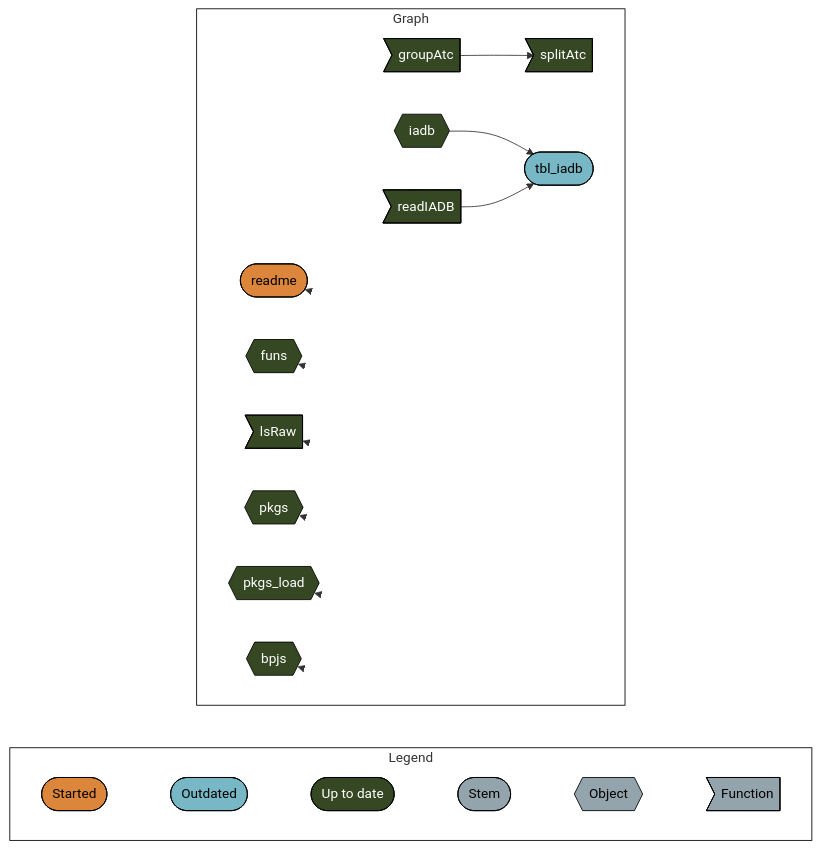
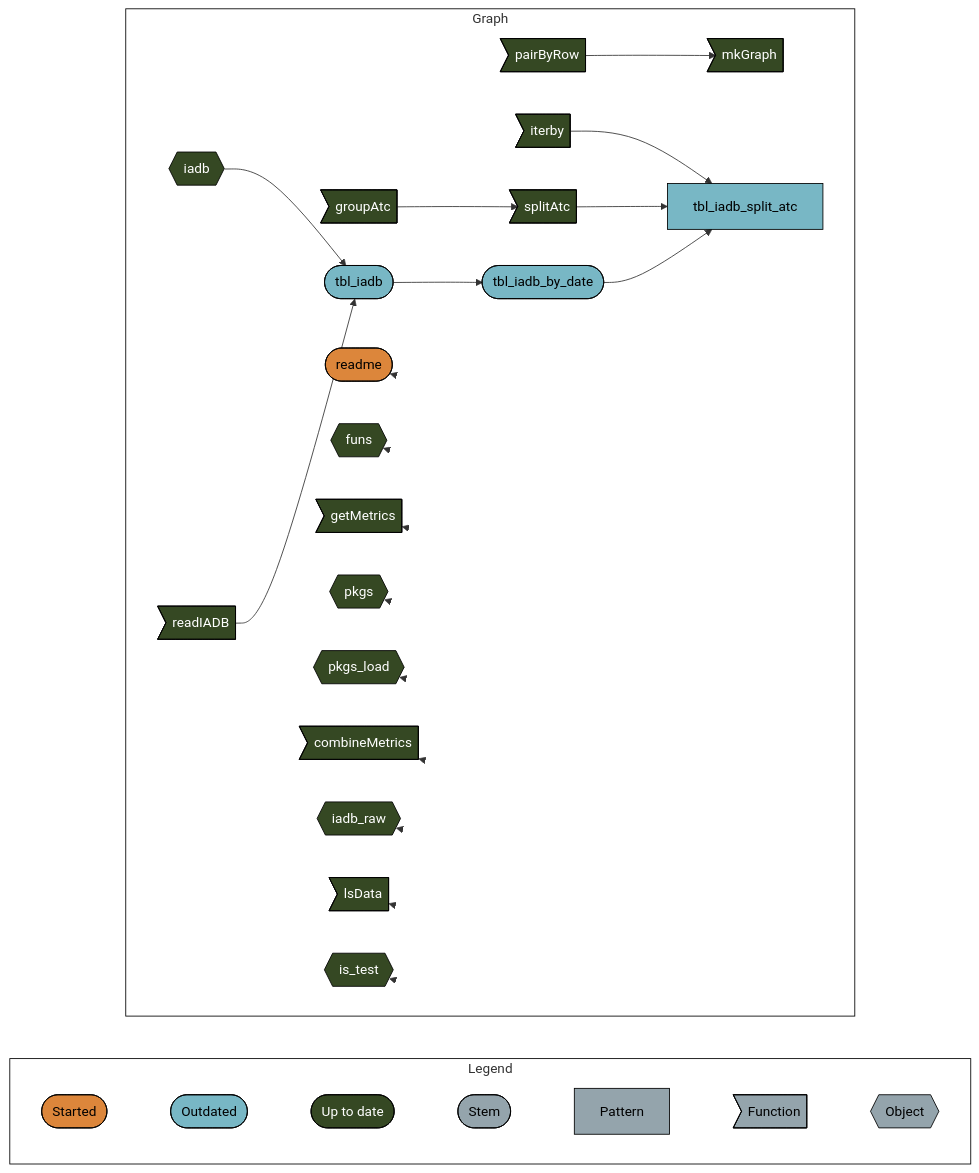
The diagram in README.md (namakala/medication-trend), drawn with Mermaid before and after one commit. The commit also changed other lines of this file and 2 other files, not shown here.

Commit message:
Optimize graph-object generating functions

````diff
--- a/README.md
+++ b/README.md
@@ -55,40 +59,53 @@
 ``` mermaid
 graph LR
   style Legend fill:#FFFFFF00,stroke:#000000;
   style Graph fill:#FFFFFF00,stroke:#000000;
   subgraph Legend
     direction LR
     x5b3426b4c7fa7dbc([""Started""]):::started --- x0a52b03877696646([""Outdated""]):::outdated
     x0a52b03877696646([""Outdated""]):::outdated --- x7420bd9270f8d27d([""Up to date""]):::uptodate
     x7420bd9270f8d27d([""Up to date""]):::uptodate --- xbf4603d6c2c2ad6b([""Stem""]):::none
-    xbf4603d6c2c2ad6b([""Stem""]):::none --- x5bffbffeae195fc9{{""Object""}}:::none
-    x5bffbffeae195fc9{{""Object""}}:::none --- xf0bce276fe2b9d3e>""Function""]:::none
+    xbf4603d6c2c2ad6b([""Stem""]):::none --- x70a5fa6bea6f298d[""Pattern""]:::none
+    x70a5fa6bea6f298d[""Pattern""]:::none --- xf0bce276fe2b9d3e>""Function""]:::none
+    xf0bce276fe2b9d3e>""Function""]:::none --- x5bffbffeae195fc9{{""Object""}}:::none
   end
   subgraph Graph
     direction LR
+    xec523c05a7988872>"pairByRow"]:::uptodate --> x9ca1aa7607080a7b>"mkGraph"]:::uptodate
     x4e58fb85b5f553b2>"groupAtc"]:::uptodate --> x7514d3a2992ccd63>"splitAtc"]:::uptodate
+    x771a367f0ef7807a>"iterby"]:::uptodate --> xf7e9b577faef0a3a["tbl_iadb_split_atc"]:::outdated
+    x7514d3a2992ccd63>"splitAtc"]:::uptodate --> xf7e9b577faef0a3a["tbl_iadb_split_atc"]:::outdated
+    x960707f0c582886a(["tbl_iadb_by_date"]):::outdated --> xf7e9b577faef0a3a["tbl_iadb_split_atc"]:::outdated
+    xf220e84da6d0ff6f(["tbl_iadb"]):::outdated --> x960707f0c582886a(["tbl_iadb_by_date"]):::outdated
     x4a5693aa168fe170{{"iadb"}}:::uptodate --> xf220e84da6d0ff6f(["tbl_iadb"]):::outdated
     x8d5064cb2dc0b750>"readIADB"]:::uptodate --> xf220e84da6d0ff6f(["tbl_iadb"]):::outdated
     x6e52cb0f1668cc22(["readme"]):::started --> x6e52cb0f1668cc22(["readme"]):::started
     x2166607dfe6e75f2{{"funs"}}:::uptodate --> x2166607dfe6e75f2{{"funs"}}:::uptodate
-    x66b8bb2921b47679>"lsRaw"]:::uptodate --> x66b8bb2921b47679>"lsRaw"]:::uptodate
+    x3902bbed135b0ec7>"getMetrics"]:::uptodate --> x3902bbed135b0ec7>"getMetrics"]:::uptodate
     x2d15849e3198e8d1{{"pkgs"}}:::uptodate --> x2d15849e3198e8d1{{"pkgs"}}:::uptodate
     xea1cdd6f009574c2{{"pkgs_load"}}:::uptodate --> xea1cdd6f009574c2{{"pkgs_load"}}:::uptodate
-    xf3eccbdc610ca55e{{"bpjs"}}:::uptodate --> xf3eccbdc610ca55e{{"bpjs"}}:::uptodate
+    x07ac0b71f920f889>"combineMetrics"]:::uptodate --> x07ac0b71f920f889>"combineMetrics"]:::uptodate
+    x3ac540af10f1b504{{"iadb_raw"}}:::uptodate --> x3ac540af10f1b504{{"iadb_raw"}}:::uptodate
+    xfb5278c6bbbf3460>"lsData"]:::uptodate --> xfb5278c6bbbf3460>"lsData"]:::uptodate
+    xe1d1bcdb96b9c2dc{{"is_test"}}:::uptodate --> xe1d1bcdb96b9c2dc{{"is_test"}}:::uptodate
   end
   classDef started stroke:#000000,color:#000000,fill:#DC863B;
   classDef outdated stroke:#000000,color:#000000,fill:#78B7C5;
   classDef uptodate stroke:#000000,color:#ffffff,fill:#354823;
   classDef none stroke:#000000,color:#000000,fill:#94a4ac;
   linkStyle 0 stroke-width:0px;
   linkStyle 1 stroke-width:0px;
   linkStyle 2 stroke-width:0px;
   linkStyle 3 stroke-width:0px;
   linkStyle 4 stroke-width:0px;
-  linkStyle 8 stroke-width:0px;
-  linkStyle 9 stroke-width:0px;
-  linkStyle 10 stroke-width:0px;
-  linkStyle 11 stroke-width:0px;
-  linkStyle 12 stroke-width:0px;
-  linkStyle 13 stroke-width:0px;
+  linkStyle 5 stroke-width:0px;
+  linkStyle 14 stroke-width:0px;
+  linkStyle 15 stroke-width:0px;
+  linkStyle 16 stroke-width:0px;
+  linkStyle 17 stroke-width:0px;
+  linkStyle 18 stroke-width:0px;
+  linkStyle 19 stroke-width:0px;
+  linkStyle 20 stroke-width:0px;
+  linkStyle 21 stroke-width:0px;
+  linkStyle 22 stroke-width:0px;
 ```
````
